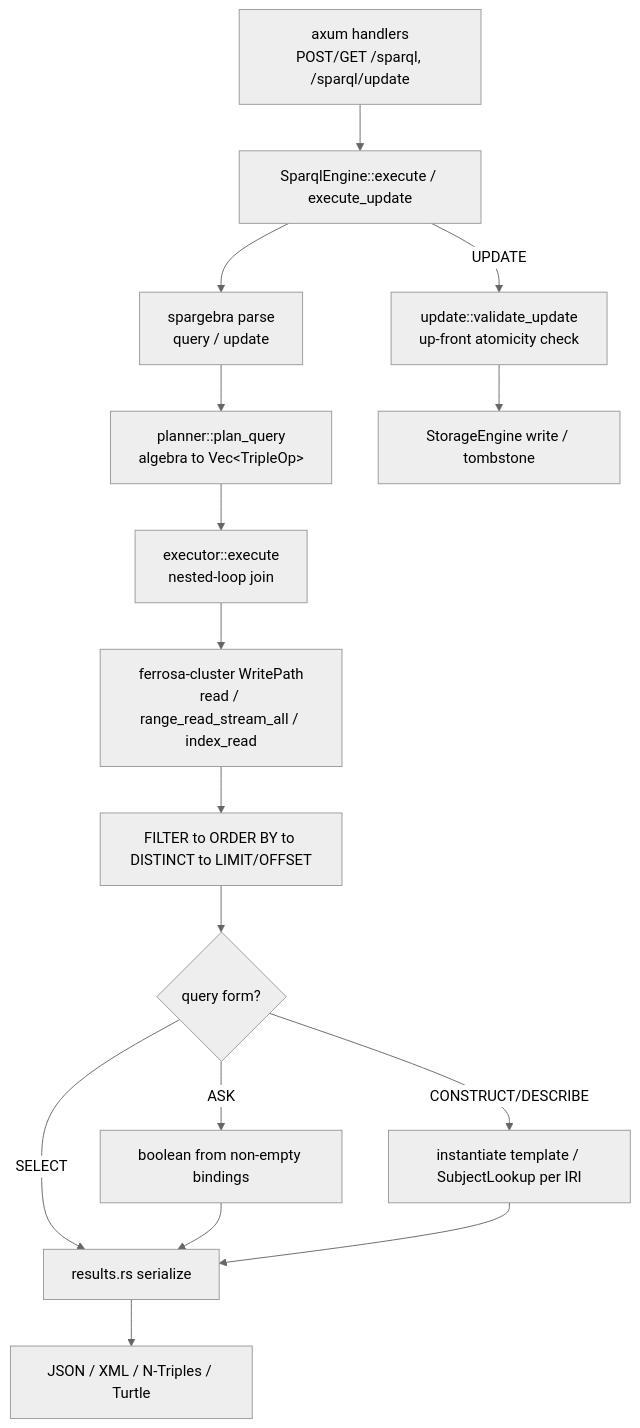
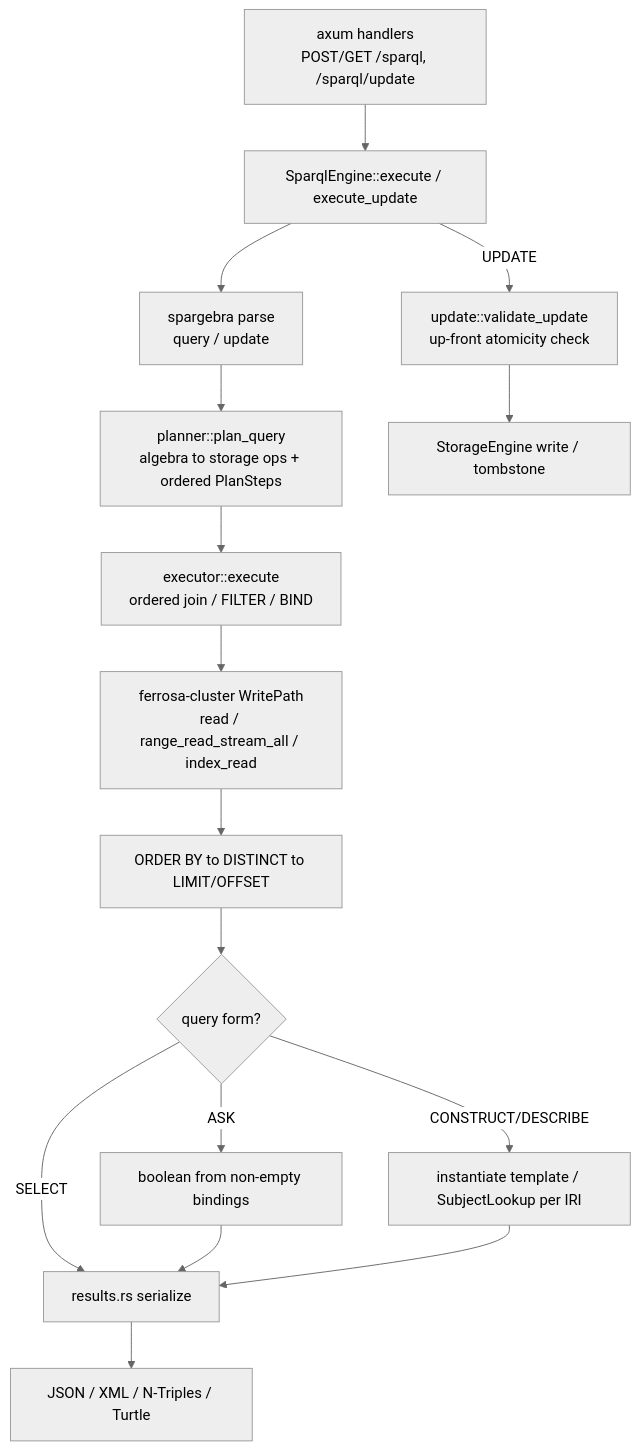
Before and after one commit to ferrosadb/ferrosa: the diagram in ferrosa-sparql/specs/overview.md, drawn with Mermaid (neutral theme). The commit also changed other lines of this file and 99 other files, not shown here.

````diff
--- a/ferrosa-sparql/specs/overview.md
+++ b/ferrosa-sparql/specs/overview.md
@@ -56,18 +59,18 @@
 ```mermaid
 flowchart TD
     HTTP["axum handlers<br/>POST/GET /sparql, /sparql/update"] --> ENG["SparqlEngine::execute / execute_update"]
     ENG --> PARSE["spargebra parse<br/>query / update"]
-    PARSE --> PLAN["planner::plan_query<br/>algebra to Vec&lt;TripleOp&gt;"]
-    PLAN --> EXEC["executor::execute<br/>nested-loop join"]
+    PARSE --> PLAN["planner::plan_query<br/>algebra to storage ops + ordered PlanSteps"]
+    PLAN --> EXEC["executor::execute<br/>ordered join / FILTER / BIND"]
     EXEC --> WP["ferrosa-cluster WritePath<br/>read / range_read_stream_all / index_read"]
-    WP --> POST["FILTER to ORDER BY to DISTINCT to LIMIT/OFFSET"]
+    WP --> POST["ORDER BY to DISTINCT to LIMIT/OFFSET"]
     POST --> SHAPE{"query form?"}
     SHAPE -->|SELECT| SER["results.rs serialize"]
     SHAPE -->|ASK| BOOL["boolean from non-empty bindings"]
     SHAPE -->|CONSTRUCT/DESCRIBE| GRAPH["instantiate template / SubjectLookup per IRI"]
     BOOL --> SER
     GRAPH --> SER
     SER --> RESP["JSON / XML / N-Triples / Turtle"]
     ENG -->|UPDATE| UVAL["update::validate_update<br/>up-front atomicity check"]
     UVAL --> UWRITE["StorageEngine write / tombstone"]
 ```
````
